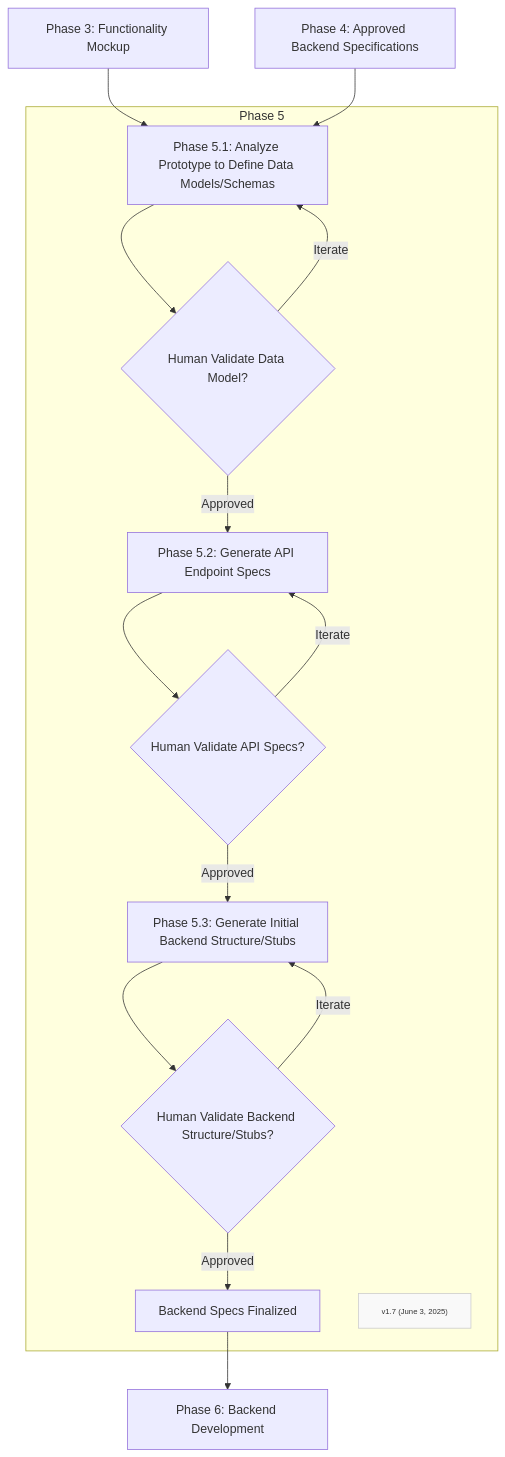
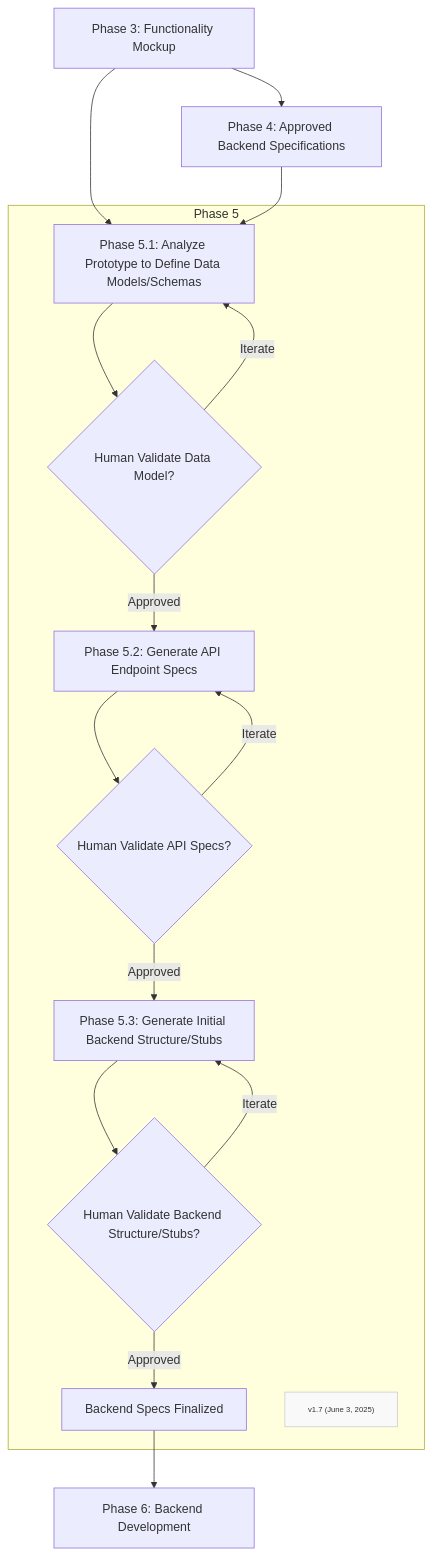
The diagram in Phases/FF-phase5.md (Mharbulous/Front-First-Method), drawn with Mermaid before and after one commit.

Commit message:
refining phase 5 diagram

````diff
--- a/Phases/FF-phase5.md
+++ b/Phases/FF-phase5.md
@@ -1,24 +1,25 @@
 ```mermaid
 graph TD
 
 Phase3["Phase 3: Functionality Mockup"] --> Phase5_1["Build Backend"]
-Phase4["Phase 4: Approved Backend Specifications"] --> Phase5_1
+Phase3["Phase 3: Functionality Mockup"] --> Phase4["Phase 4: Approved Backend Specifications"]
+Phase4 --> Phase5_1
 
     subgraph Phase5["Phase 5"]
         Phase5_1["Phase 5.1: Analyze Prototype to Define Data Models/Schemas"]    
         Phase5_1 --> Phase5_1_Val{"Human Validate Data Model?"}
         Phase5_1_Val -->|Iterate| Phase5_1
         Phase5_1_Val -->|Approved| Phase5_2["Phase 5.2: Generate API Endpoint Specs"]
         Phase5_2 --> Phase5_2_Val{"Human Validate API Specs?"}
         Phase5_2_Val -->|Iterate| Phase5_2
         Phase5_2_Val -->|Approved| Phase5_3["Phase 5.3: Generate Initial Backend Structure/Stubs"]
         Phase5_3 --> Phase5_3_Val{"Human Validate Backend Structure/Stubs?"}
         Phase5_3_Val -->|Iterate| Phase5_3
         Phase5_3_Val -->|Approved| BackendSpecsFinalized["Backend Specs Finalized"]
         Version["v1.7 (June 3, 2025)"]
         classDef version fill:#f9f9f9,stroke:#ccc,font-size:10px
         class Version version
     end
 
 BackendSpecsFinalized --> Phase6["Phase 6: Backend Development"]
 ```
````
